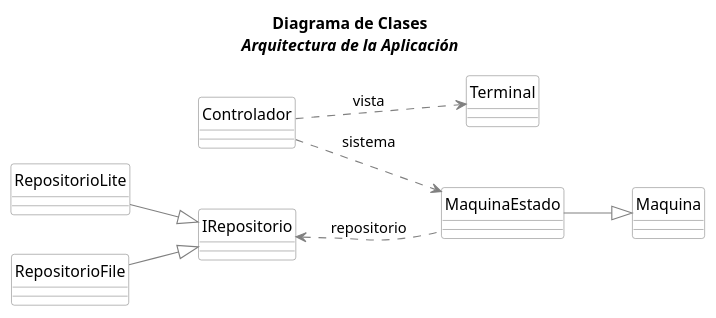
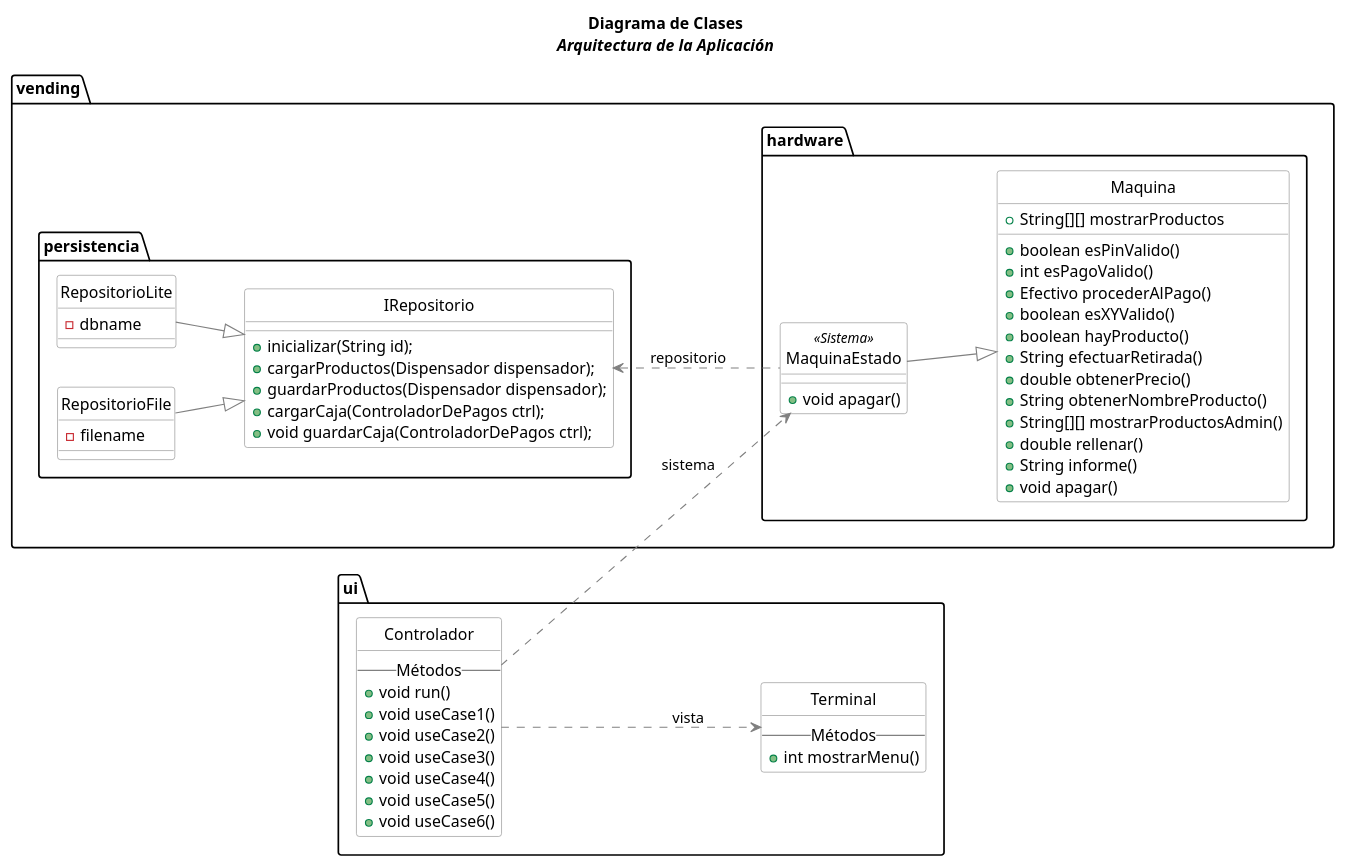
Before and after one commit to srlopez/RUP: the eighth of 8 diagrams in ejemplos/maquina_vending.md, drawn with PlantUML. The commit also changed other lines of this file, not shown here.

````diff
--- a/ejemplos/maquina_vending.md
+++ b/ejemplos/maquina_vending.md
@@ -556,80 +558,80 @@
 ```plantuml
 @startuml
 title <b>Diagrama de Clases</b>\n<i>Arquitectura de la Aplicación</i>
 left to right direction
 skinparam class {
   skinparam monochrome true
   skinparam shadowing false
   BackgroundColor White
   BorderColor Gray
   ' FontName Consolas
   ArrowColor Gray
 }
 scale 1
 hide circle
 
-' package vending {
-'   package hardware {
-'     class Maquina {
-'       +boolean esPinValido()
-'       +int esPagoValido()
-'       +Efectivo procederAlPago()
-'       +boolean esXYValido()
-'       +boolean hayProducto()
-'       +String efectuarRetirada()
-'       +double obtenerPrecio()
-'       +String obtenerNombreProducto()
-'       +String[][] mostrarProductos
-'       +String[][] mostrarProductosAdmin()
-'       +double rellenar()
-'       +String informe()
-'       +void apagar()
-'     }
-'     class MaquinaEstado<<Sistema>> {
-'       +void apagar()
-'     }
-'   }
-'   package persistencia {
-'     class RepositorioLite{ 
-'       -dbname 
-'     }
-'     class RepositorioFile{ 
-'       -filename 
-'     }
+package vending {
+  package hardware {
+    class Maquina {
+      +boolean esPinValido()
+      +int esPagoValido()
+      +Efectivo procederAlPago()
+      +boolean esXYValido()
+      +boolean hayProducto()
+      +String efectuarRetirada()
+      +double obtenerPrecio()
+      +String obtenerNombreProducto()
+      +String[][] mostrarProductos
+      +String[][] mostrarProductosAdmin()
+      +double rellenar()
+      +String informe()
+      +void apagar()
+    }
+    class MaquinaEstado<<Sistema>> {
+      +void apagar()
+    }
+  }
+  package persistencia {
+    class RepositorioLite{ 
+      -dbname 
+    }
+    class RepositorioFile{ 
+      -filename 
+    }
 
-'     class IRepositorio
-'     {
-'     +inicializar(String id);
-'     +cargarProductos(Dispensador dispensador);
-'     +guardarProductos(Dispensador dispensador);
-'     +cargarCaja(ControladorDePagos ctrl);
-'     +void guardarCaja(ControladorDePagos ctrl);
-'     }
-'   }
-' }
-' package ui {
-'   class Controlador{
-'   -- Métodos --
-'     +void run()
-'     +void useCase1()
-'     +void useCase2()
-'     +void useCase3()
-'     +void useCase4()
-'     +void useCase5()
-'     +void useCase6()
-'   }
+    class IRepositorio
+    {
+    +inicializar(String id);
+    +cargarProductos(Dispensador dispensador);
+    +guardarProductos(Dispensador dispensador);
+    +cargarCaja(ControladorDePagos ctrl);
+    +void guardarCaja(ControladorDePagos ctrl);
+    }
+  }
+}
+package ui {
+  class Controlador{
+  -- Métodos --
+    +void run()
+    +void useCase1()
+    +void useCase2()
+    +void useCase3()
+    +void useCase4()
+    +void useCase5()
+    +void useCase6()
+  }
 
-'   class Terminal{
-'   -- Métodos --
-'     +int mostrarMenu()
-'   }
-' }
+  class Terminal{
+  -- Métodos --
+    +int mostrarMenu()
+  }
+}
 
 IRepositorio <.. MaquinaEstado : repositorio
 MaquinaEstado --|> Maquina
 Controlador ..> MaquinaEstado: sistema 
 Controlador ..> Terminal: vista
 RepositorioLite --|> IRepositorio
 RepositorioFile --|> IRepositorio
 @enduml
 ```
````
